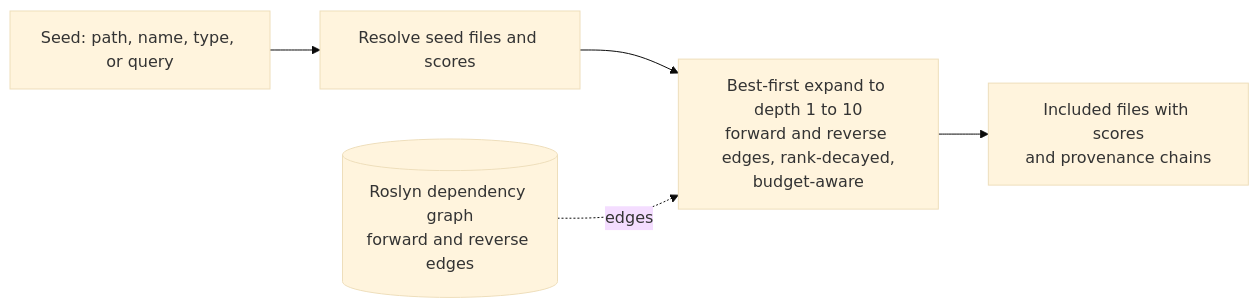
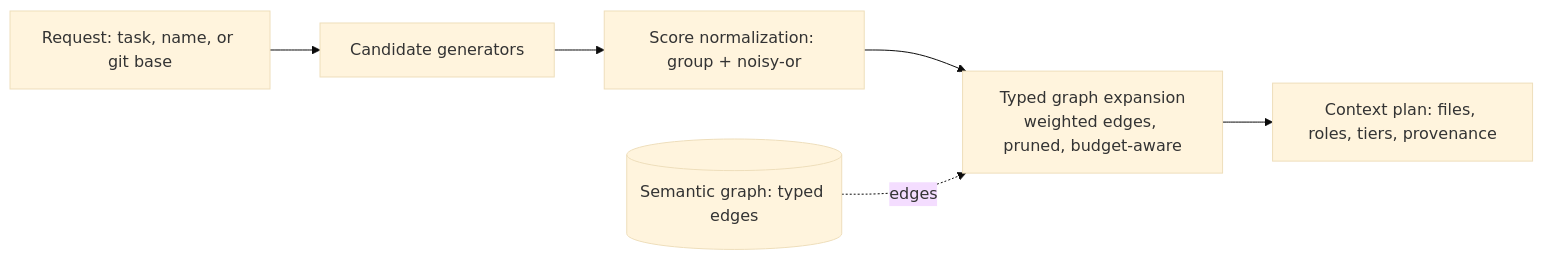
Before and after one commit to Litenova-Solutions/Fuse: the diagram in site/content/docs/internals/scoping-internals.mdx, drawn with Mermaid (base theme). The commit also changed other lines of this file and 1 other file, not shown here.

````diff
--- a/site/content/docs/internals/scoping-internals.mdx
+++ b/site/content/docs/internals/scoping-internals.mdx
@@ -61,7 +43,8 @@
 ```mermaid
 flowchart LR
-    A[Seed: path, name, type, or query] --> B[Resolve seed files and scores]
-    B --> C[Best-first expand to depth 1 to 10<br/>forward and reverse edges, rank-decayed,<br/>budget-aware]
-    C --> D[Included files with scores<br/>and provenance chains]
-    G[(Roslyn dependency graph<br/>forward and reverse edges)] -.edges.-> C
+    A[Request: task, name, or git base] --> B[Candidate generators]
+    B --> C[Score normalization: group + noisy-or]
+    C --> D[Typed graph expansion<br/>weighted edges, pruned, budget-aware]
+    G[(Semantic graph: typed edges)] -.edges.-> D
+    D --> E[Context plan: files, roles, tiers, provenance]
 ```
````
